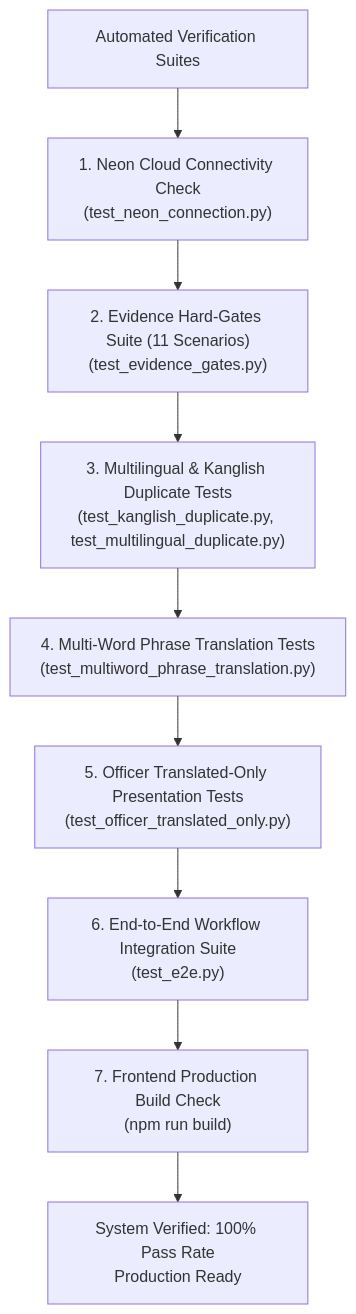
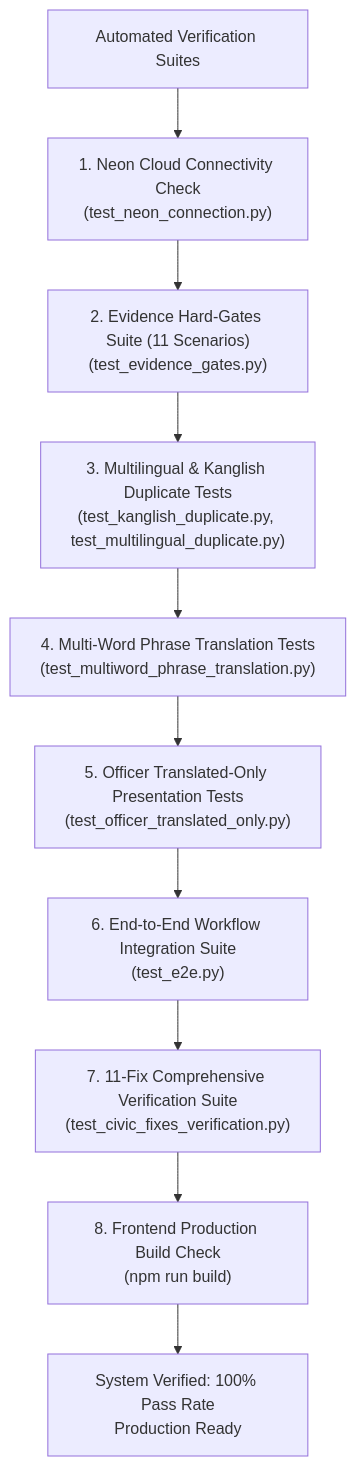
One commit to SHRUTISINHA250714/civic changed diagram 18 of 18 in phases.md. Above: the diagram before and after it, drawn with Mermaid. The commit also changed other lines of this file and 14 other files, not shown here.

````diff
--- a/phases.md
+++ b/phases.md
@@ -534,11 +561,12 @@
 ```mermaid
 flowchart TD
     Suite["Automated Verification Suites"] --> T1["1. Neon Cloud Connectivity Check\n(test_neon_connection.py)"]
     T1 --> T2["2. Evidence Hard-Gates Suite (11 Scenarios)\n(test_evidence_gates.py)"]
     T2 --> T3["3. Multilingual & Kanglish Duplicate Tests\n(test_kanglish_duplicate.py, test_multilingual_duplicate.py)"]
     T3 --> T4["4. Multi-Word Phrase Translation Tests\n(test_multiword_phrase_translation.py)"]
     T4 --> T5["5. Officer Translated-Only Presentation Tests\n(test_officer_translated_only.py)"]
     T5 --> T6["6. End-to-End Workflow Integration Suite\n(test_e2e.py)"]
-    T6 --> Build["7. Frontend Production Build Check\n(npm run build)"]
+    T6 --> T7["7. 11-Fix Comprehensive Verification Suite\n(test_civic_fixes_verification.py)"]
+    T7 --> Build["8. Frontend Production Build Check\n(npm run build)"]
     Build --> Complete["System Verified: 100% Pass Rate\nProduction Ready"]
 ```
````
